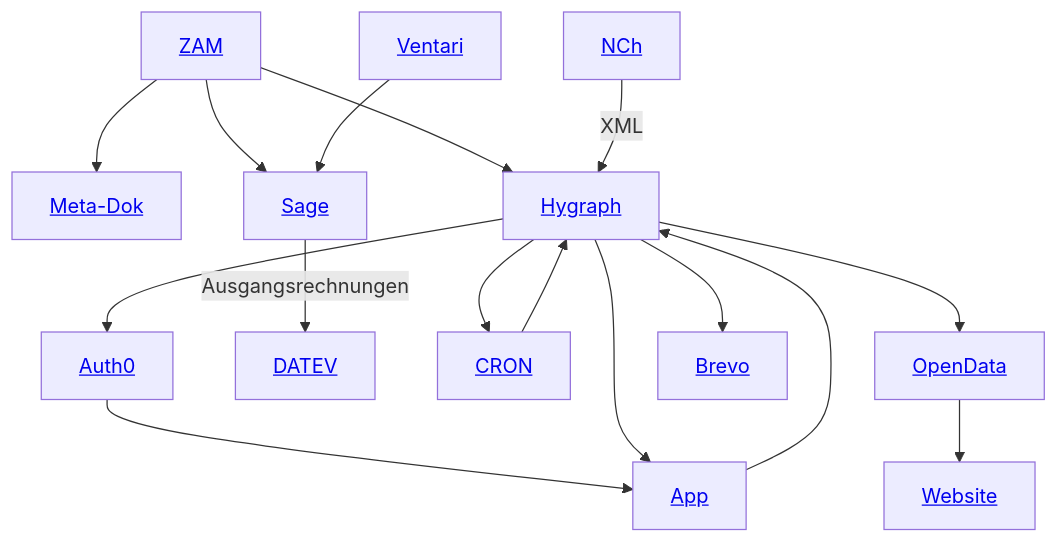
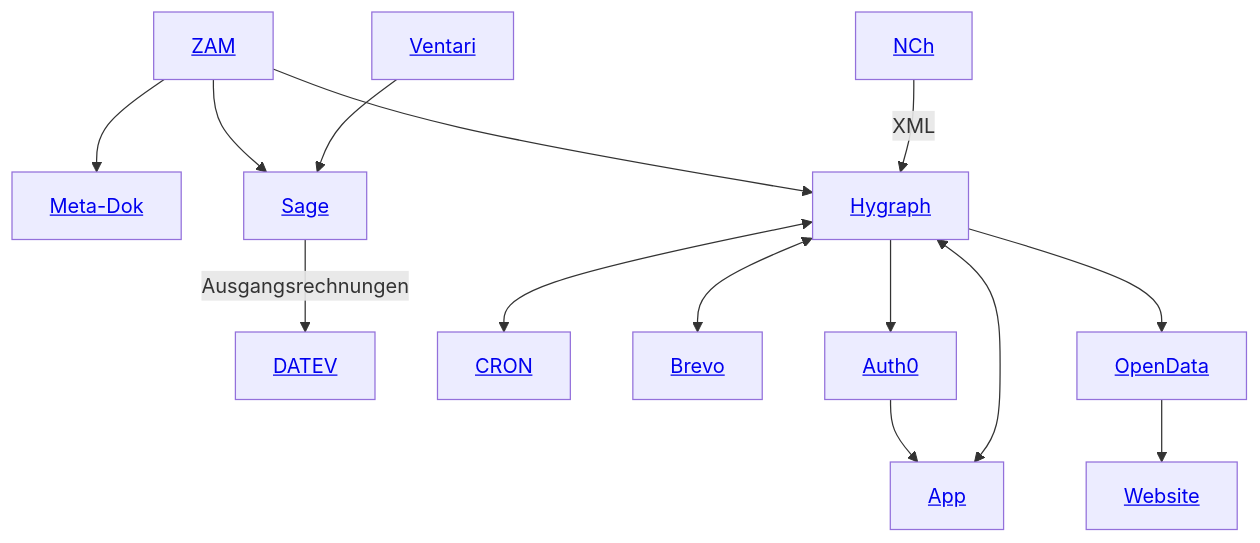
One commit to GDCh-de/docs changed the diagram in infrastructure.md. Above: the diagram before and after it, drawn with Mermaid.

````diff
--- a/infrastructure.md
+++ b/infrastructure.md
@@ -3,11 +3,13 @@
 ```mermaid
 graph TD;
   ZAM[<a href='/GDCh-de/docs/blob/main/ZAM.md'>ZAM</a>] --> Meta-Dok[<a href='/GDCh-de/docs/blob/main/Meta-Dok.md'>Meta-Dok</a>];
-  Hygraph[<a href='/GDCh-de/docs/blob/main/hygraph.md'>Hygraph</a>] --> Auth0[<a href='/GDCh-de/docs/blob/main/Auth0.md'>Auth0</a>] --> App[<a href='/GDCh-de/docs/blob/main/App.md'>App</a>] --> Hygraph --> App;
   ZAM --> Sage[<a href='/GDCh-de/docs/blob/main/Sage.md'>Sage</a>] --> |Ausgangsrechnungen| DATEV[<a href='/GDCh-de/docs/blob/main/DATEV.md'>DATEV</a>];
   Ventari[<a href='/GDCh-de/docs/blob/main/Ventari.md'>Ventari</a>] --> Sage;
-  Hygraph --> Cron[<a href='/GDCh-de/docs/blob/main/CRON.md'>CRON</a>] --> Hygraph;
+  Hygraph <--> Cron[<a href='/GDCh-de/docs/blob/main/CRON.md'>CRON</a>];
+  Hygraph <--> Brevo[<a href='/GDCh-de/docs/blob/main/Brevo.md'>Brevo</a>];
+  Hygraph[<a href='/GDCh-de/docs/blob/main/hygraph.md'>Hygraph</a>] --> Auth0[<a href='/GDCh-de/docs/blob/main/Auth0.md'>Auth0</a>] --> App[<a href='/GDCh-de/docs/blob/main/App.md'>App</a>];
+  Hygraph <--> App;
   ZAM --> Hygraph;
   Hygraph --> OpenData[<a href='/GDCh-de/docs/blob/main/OpenData.md'>OpenData</a>] --> Website[<a href='/GDCh-de/docs/blob/main/Website.md'>Website</a>];
-  NCh[<a href='/GDCh-de/docs/blob/main/NCh.md'>NCh</a>] --> |XML| Hygraph --> Brevo[<a href='/GDCh-de/docs/blob/main/Brevo.md'>Brevo</a>]
+  NCh[<a href='/GDCh-de/docs/blob/main/NCh.md'>NCh</a>] --> |XML| Hygraph;
 ```
````
